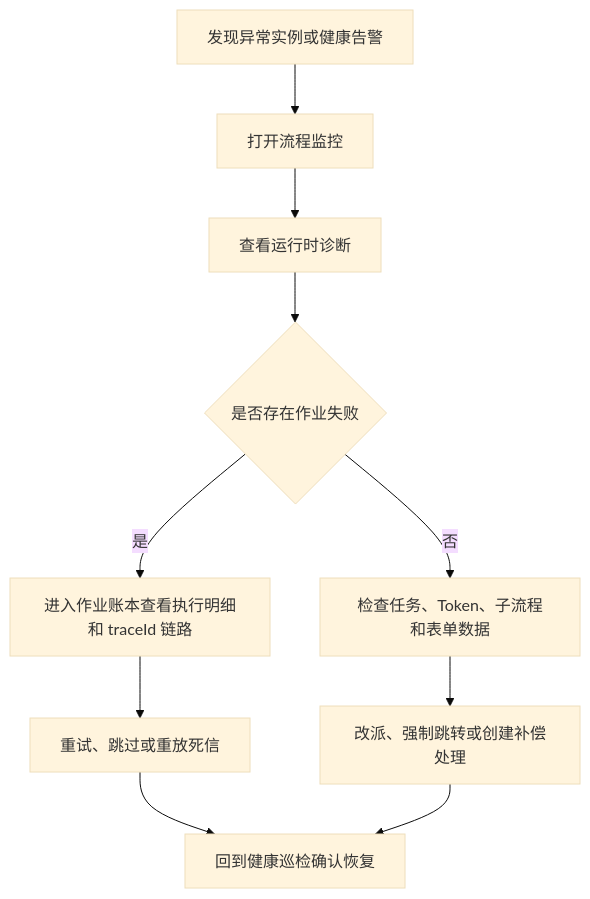
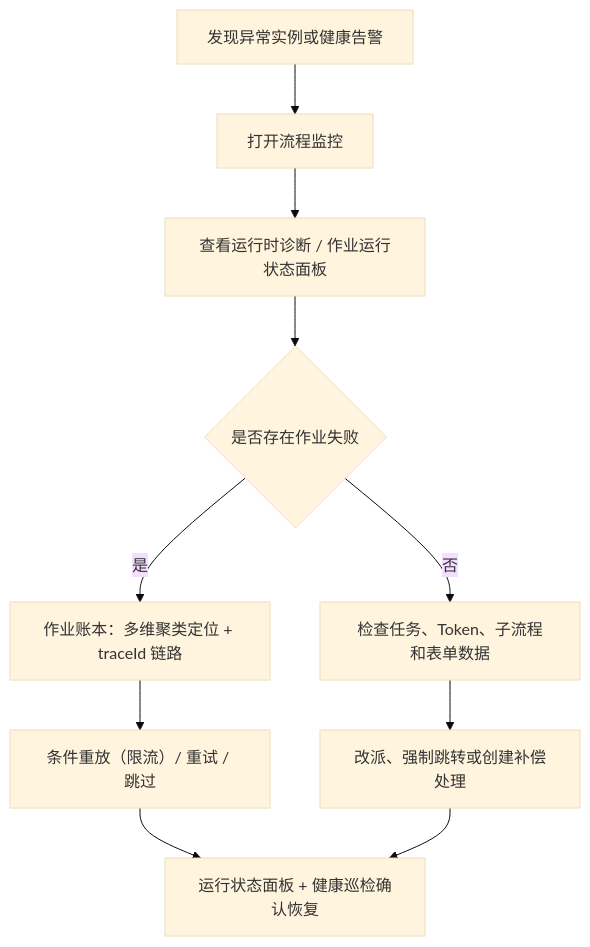
One commit to imvkmark/zenith-admin changed the diagram in docs/workflow/monitoring-operations.md. Above: the diagram before and after it, drawn with Mermaid (base theme). The commit also changed other lines of this file and 23 other files, not shown here.

````diff
--- a/docs/workflow/monitoring-operations.md
+++ b/docs/workflow/monitoring-operations.md
@@ -103,12 +151,12 @@
 ```mermaid
 flowchart TD
   A["发现异常实例或健康告警"] --> B["打开流程监控"]
-  B --> C["查看运行时诊断"]
+  B --> C["查看运行时诊断 / 作业运行状态面板"]
   C --> D{"是否存在作业失败"}
-  D -- "是" --> E["进入作业账本查看执行明细和 traceId 链路"]
-  E --> F["重试、跳过或重放死信"]
+  D -- "是" --> E["作业账本：多维聚类定位 + traceId 链路"]
+  E --> F["条件重放（限流）/ 重试 / 跳过"]
   D -- "否" --> G["检查任务、Token、子流程和表单数据"]
   G --> H["改派、强制跳转或创建补偿处理"]
-  F --> I["回到健康巡检确认恢复"]
+  F --> I["运行状态面板 + 健康巡检确认恢复"]
   H --> I
 ```
````
